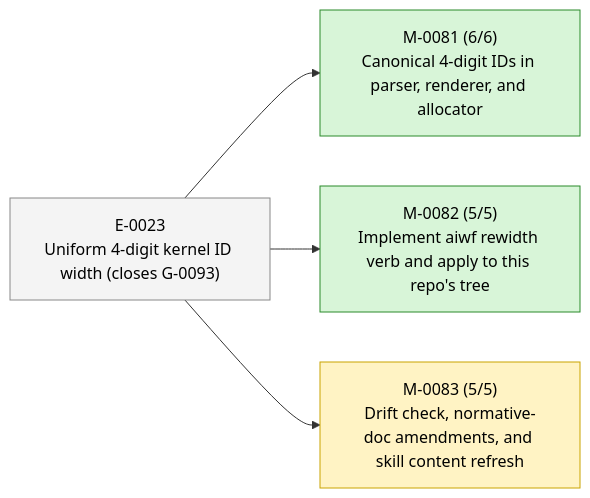
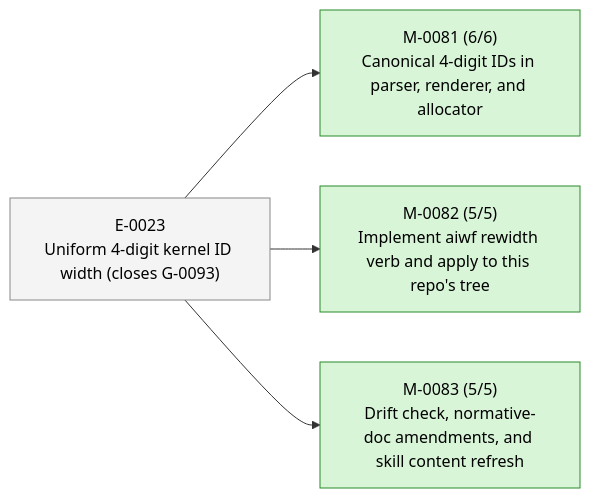
The second of 2 diagrams in STATUS.md (23min/aiwf), drawn with Mermaid before and after one commit. The commit also changed other lines of this file and 1 other file, not shown here.

First line of the commit message:
aiwf promote M-0083 in_progress -> done

````diff
--- a/STATUS.md
+++ b/STATUS.md
@@ -47,16 +47,16 @@
 ```mermaid
 flowchart LR
   E_0023["E-0023<br/>Uniform 4-digit kernel ID width (closes G-0093)"]:::epic_proposed
   M_0081["M-0081 (6/6)<br/>Canonical 4-digit IDs in parser, renderer, and allocator"]:::ms_done
   E_0023 --> M_0081
   M_0082["M-0082 (5/5)<br/>Implement aiwf rewidth verb and apply to this repo's tree"]:::ms_done
   E_0023 --> M_0082
-  M_0083["M-0083 (5/5)<br/>Drift check, normative-doc amendments, and skill content refresh"]:::ms_in_progress
+  M_0083["M-0083 (5/5)<br/>Drift check, normative-doc amendments, and skill content refresh"]:::ms_done
   E_0023 --> M_0083
   classDef epic_active fill:#d6eaff,stroke:#1a73e8,color:#000
   classDef epic_proposed fill:#f4f4f4,stroke:#888,color:#000
   classDef ms_done fill:#d8f5d8,stroke:#2a8a2a,color:#000
   classDef ms_in_progress fill:#fff3c4,stroke:#caa400,color:#000
   classDef ms_draft fill:#f4f4f4,stroke:#888,color:#000
   classDef ms_cancelled fill:#fbeaea,stroke:#c33,color:#000
 ```
````
